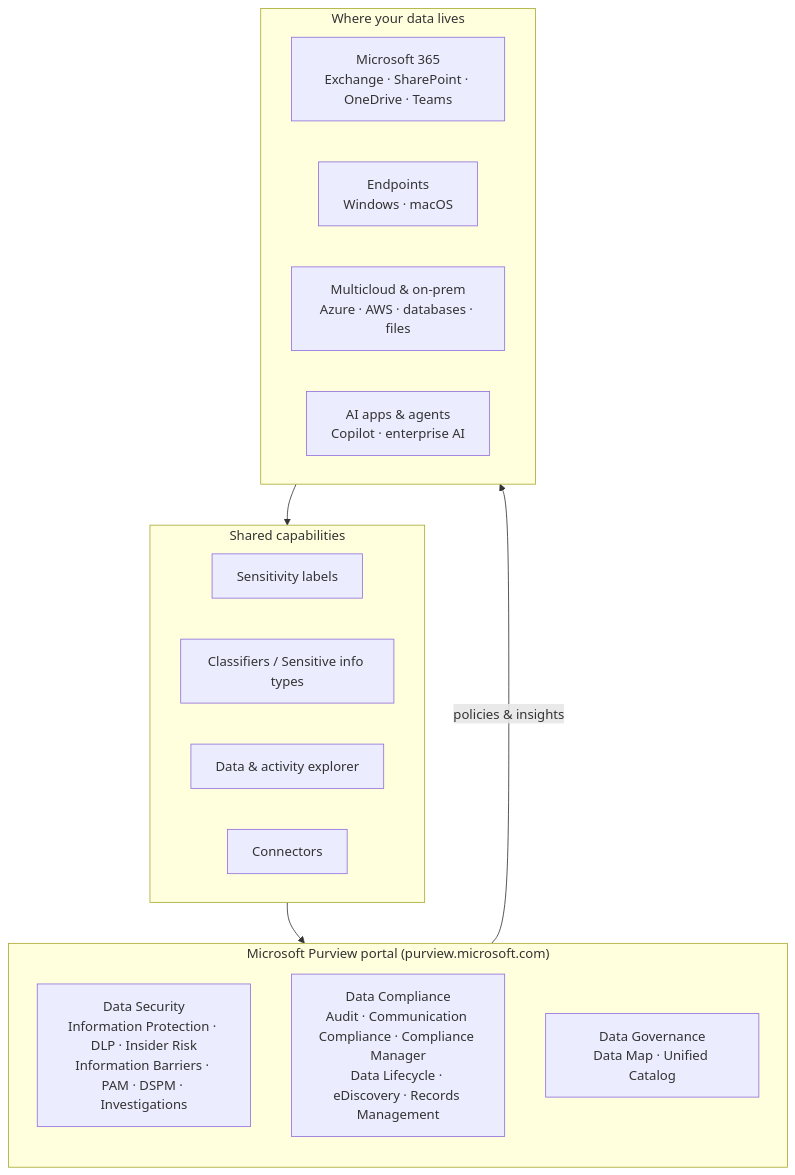
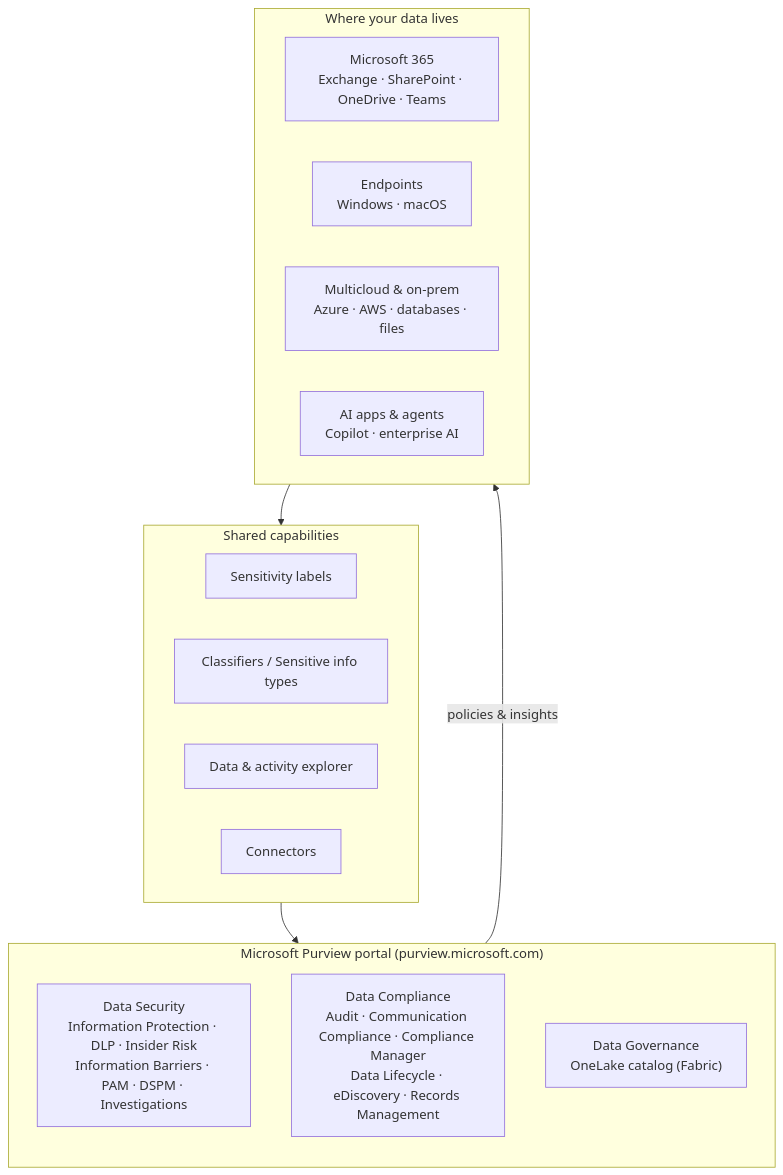
One commit to indra-pr/msft-security-workshop changed the diagram in docs/purview/index.md. Above: the diagram before and after it, drawn with Mermaid. The commit also changed other lines of this file and 11 other files, not shown here.

Commit message:
Data Governance: replace Purview Data Map + Unified Catalog with OneLake catalog (Fabric) - two labs (Discover & govern; Secure), rewrite overview, update nav + all inbound refs; Purview kept only as security/compliance overlay on Fabric

````diff
--- a/docs/purview/index.md
+++ b/docs/purview/index.md
@@ -66,27 +66,27 @@
 ```mermaid
 flowchart TB
     subgraph Portal["Microsoft Purview portal (purview.microsoft.com)"]
         direction TB
         DS["Data Security<br/>Information Protection · DLP · Insider Risk<br/>Information Barriers · PAM · DSPM · Investigations"]
         DC["Data Compliance<br/>Audit · Communication Compliance · Compliance Manager<br/>Data Lifecycle · eDiscovery · Records Management"]
-        DG["Data Governance<br/>Data Map · Unified Catalog"]
+        DG["Data Governance<br/>OneLake catalog (Fabric)"]
     end
 
     subgraph Shared["Shared capabilities"]
         SL["Sensitivity labels"]
         CL["Classifiers / Sensitive info types"]
         EX["Data & activity explorer"]
         CN["Connectors"]
     end
 
     subgraph Sources["Where your data lives"]
         M365["Microsoft 365<br/>Exchange · SharePoint · OneDrive · Teams"]
         EP["Endpoints<br/>Windows · macOS"]
         CLOUD["Multicloud & on-prem<br/>Azure · AWS · databases · files"]
         AI["AI apps & agents<br/>Copilot · enterprise AI"]
     end
 
     Shared --> Portal
     Sources --> Shared
     Portal -->|policies & insights| Sources
 ```
````
